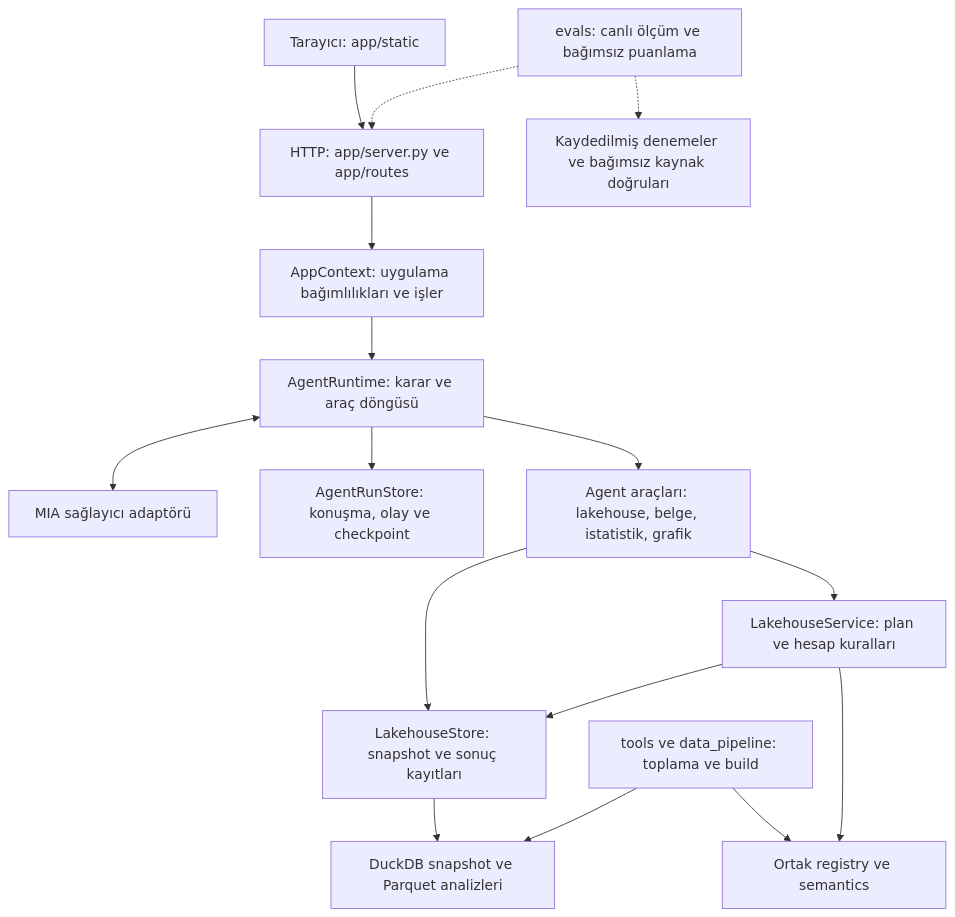
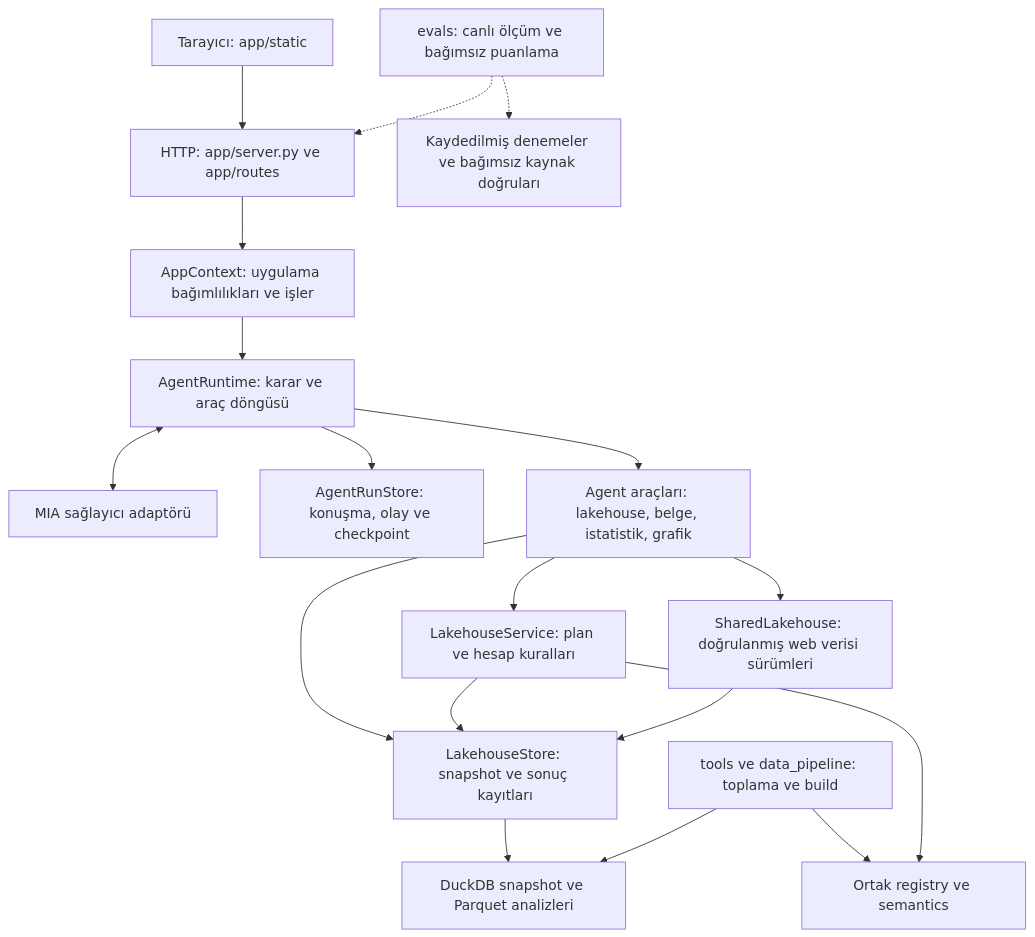
Before and after one commit to EminDurmuSS/agentic-data-analytics: the diagram in docs/ARCHITECTURE.md, drawn with Mermaid. The commit also changed other lines of this file and 13 other files, not shown here.

Commit message:
feat: promote verified web data to shared lakehouse

````diff
--- a/docs/ARCHITECTURE.md
+++ b/docs/ARCHITECTURE.md
@@ -7,18 +7,20 @@
 ```mermaid
 flowchart TD
     UI["Tarayıcı: app/static"] --> HTTP["HTTP: app/server.py ve app/routes"]
     HTTP --> CTX["AppContext: uygulama bağımlılıkları ve işler"]
     CTX --> RUN["AgentRuntime: karar ve araç döngüsü"]
     RUN <--> MIA["MIA sağlayıcı adaptörü"]
     RUN --> JOURNAL["AgentRunStore: konuşma, olay ve checkpoint"]
     RUN --> TOOLS["Agent araçları: lakehouse, belge, istatistik, grafik"]
     TOOLS --> SERVICE["LakehouseService: plan ve hesap kuralları"]
     TOOLS --> STORE["LakehouseStore: snapshot ve sonuç kayıtları"]
+    TOOLS --> SHARED["SharedLakehouse: doğrulanmış web verisi sürümleri"]
     SERVICE --> STORE
     STORE --> DB["DuckDB snapshot ve Parquet analizleri"]
+    SHARED --> STORE
     INGEST["tools ve data_pipeline: toplama ve build"] --> DB
     INGEST --> CONTRACT["Ortak registry ve semantics"]
     SERVICE --> CONTRACT
     EVAL["evals: canlı ölçüm ve bağımsız puanlama"] -.-> HTTP
     EVAL -.-> EVIDENCE["Kaydedilmiş denemeler ve bağımsız kaynak doğruları"]
 ```
````
